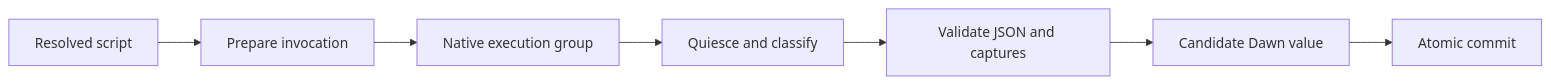
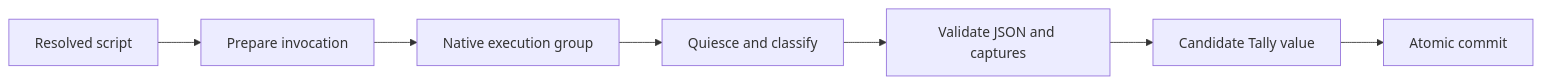
Before and after one commit to valbaudo/tally: the diagram in docs/salvage/deleted-kernel/2026-08-09-native-script-execution-contract-design.md, drawn with Mermaid. The commit also changed other lines of this file and 137 other files, not shown here.

````diff
--- a/docs/salvage/deleted-kernel/2026-08-09-native-script-execution-contract-design.md
+++ b/docs/salvage/deleted-kernel/2026-08-09-native-script-execution-contract-design.md
@@ -126,9 +126,9 @@
 ```mermaid
 flowchart LR
     R["Resolved script"] --> P["Prepare invocation"]
     P --> X["Native execution group"]
     X --> Q["Quiesce and classify"]
     Q --> V["Validate JSON and captures"]
-    V --> C["Candidate Dawn value"]
+    V --> C["Candidate Tally value"]
     C --> M["Atomic commit"]
 ```
````
